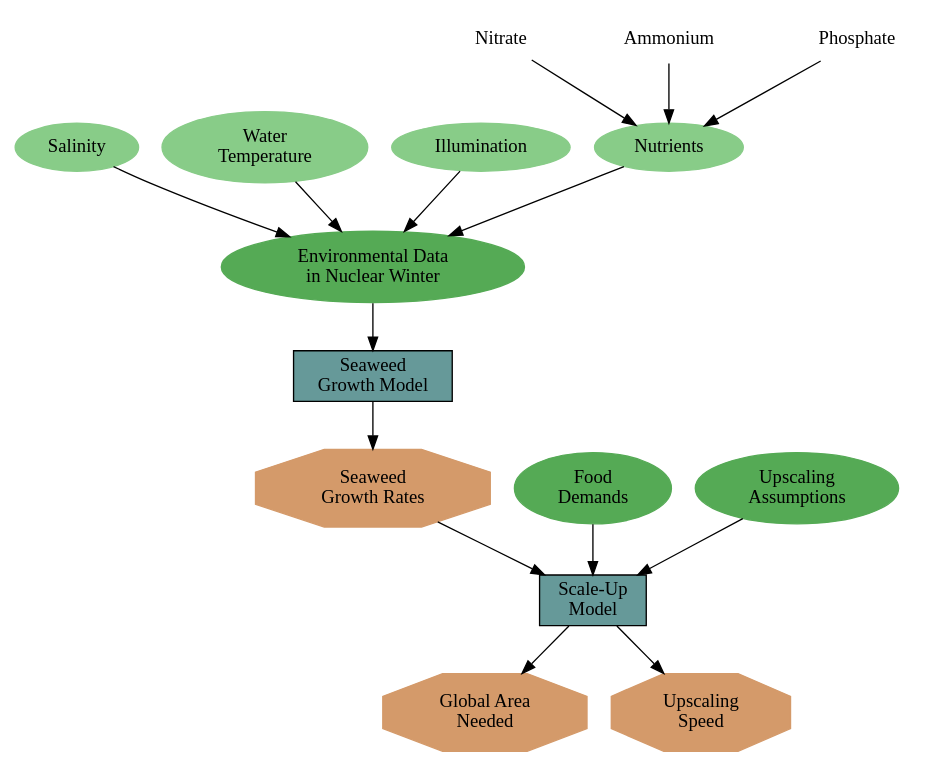
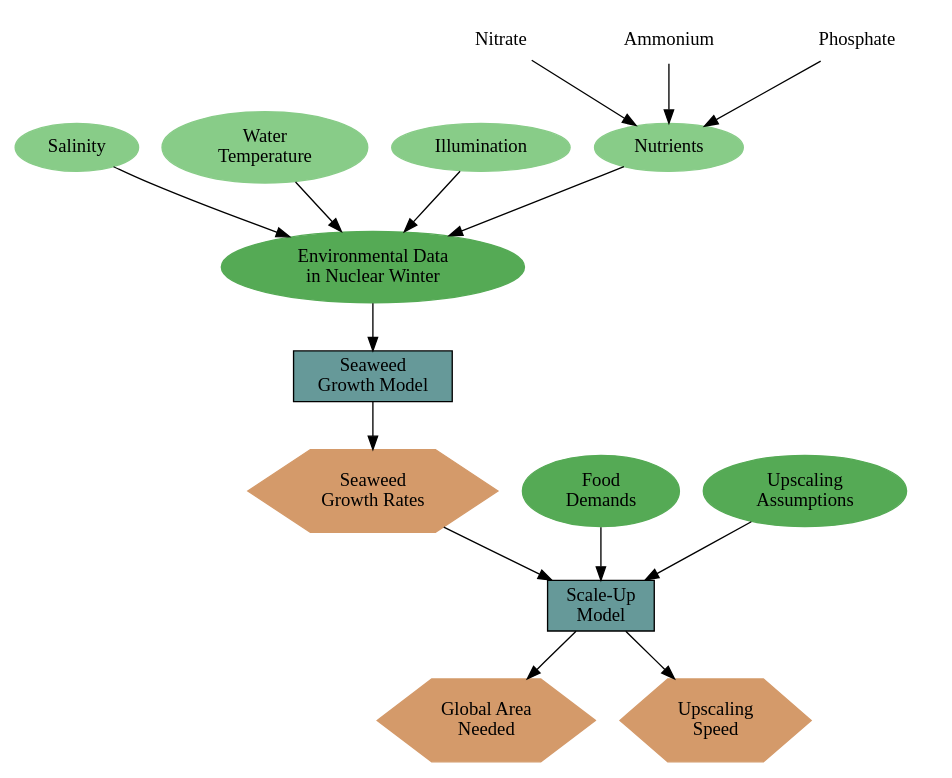
Before and after one commit to allfed/Seaweed-Growth-Model: the diagram in results/model_description/structure.dot, drawn with Graphviz. The commit also changed 2 other files, not shown here.

```diff
--- a/results/model_description/structure.dot
+++ b/results/model_description/structure.dot
@@ -1,54 +1,54 @@
 digraph ModelOverview{
     // Inputs for the model
     salinity [label="Salinity", style="filled", color="#88CC88"];
     temperature [label="Water\nTemperature", style="filled", color="#88CC88"];
     illumination [label="Illumination", style="filled", color="#88CC88"];
     nutrients [label="Nutrients", style="filled", color="#88CC88"];
     // link nutrients
     nitrate [label="Nitrate",style="filled", color="white"];
     ammonium [label="Ammonium",style="filled", color="white"];
     phosphate [label="Phosphate",style="filled", color="white"];
     // link nutrients to nutrients
     nitrate -> nutrients
     ammonium -> nutrients
     phosphate -> nutrients
 
     env_data [label="Environmental Data\nin Nuclear Winter", style="filled",color="#55AA55"];
     // link env_data to nutrients
     nutrients -> env_data;
     illumination -> env_data;
     temperature -> env_data;
     salinity -> env_data;
 
     // link env_data to the model
     model_growth [label="Seaweed\nGrowth Model", shape=box, style="filled", fillcolor="#669999"];
     env_data -> model_growth;
 
     // Outputs of the model
-    growth [label="Seaweed\nGrowth Rates", shape=octagon, color="#D49A6A", style="filled"];
+    growth [label="Seaweed\nGrowth Rates", shape=hexagon, color="#D49A6A", style="filled"];
     // link growth to model
     model_growth -> growth;
 
     // link growth to upscaling model
     upscaling_model [label="Scale-Up\nModel", shape=box, style="filled", fillcolor="#669999"];
     growth -> upscaling_model;
 
     // add additional data for the upscaling model
     food_demands [label="Food\nDemands", style="filled", color="#55AA55"];
     assumptions [label="Upscaling\nAssumptions", style="filled",color="#55AA55"];
     food_demands -> upscaling_model;
     assumptions -> upscaling_model;
 
     // link upscaling model to the output
-    area_needed [label="Global Area\nNeeded", shape=octagon, color="#D49A6A", style="filled"];
+    area_needed [label="Global Area\nNeeded", shape=hexagon, color="#D49A6A", style="filled"];
     upscaling_model -> area_needed;
-    upscaling_speed [label="Upscaling\nSpeed", shape=octagon, color="#D49A6A", style="filled"];
+    upscaling_speed [label="Upscaling\nSpeed", shape=hexagon, color="#D49A6A", style="filled"];
     upscaling_model -> upscaling_speed;
 
 
 
 
 
 
 
 }
```
